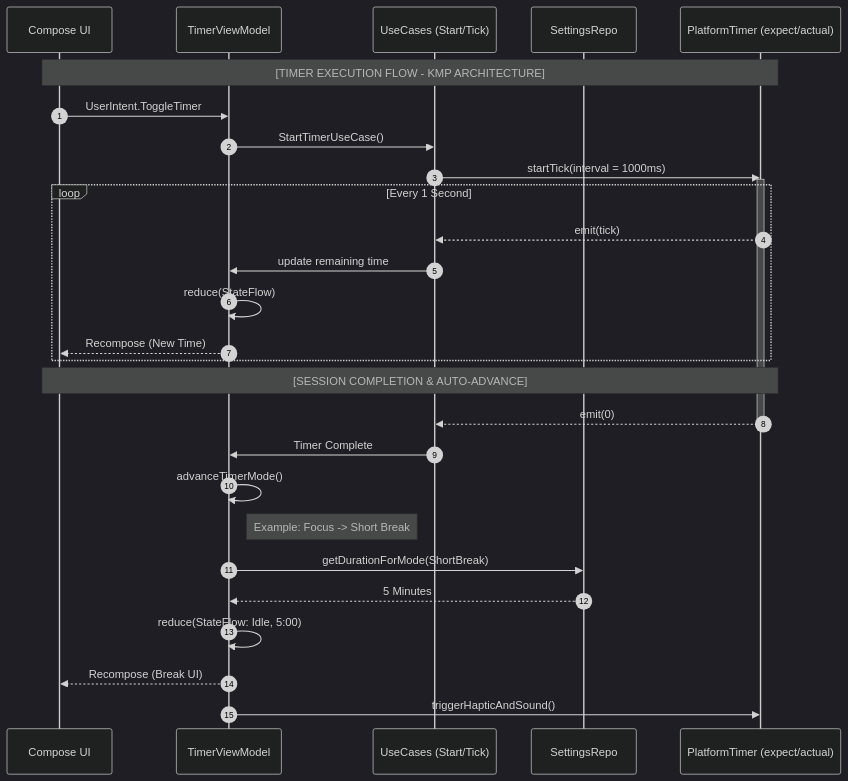
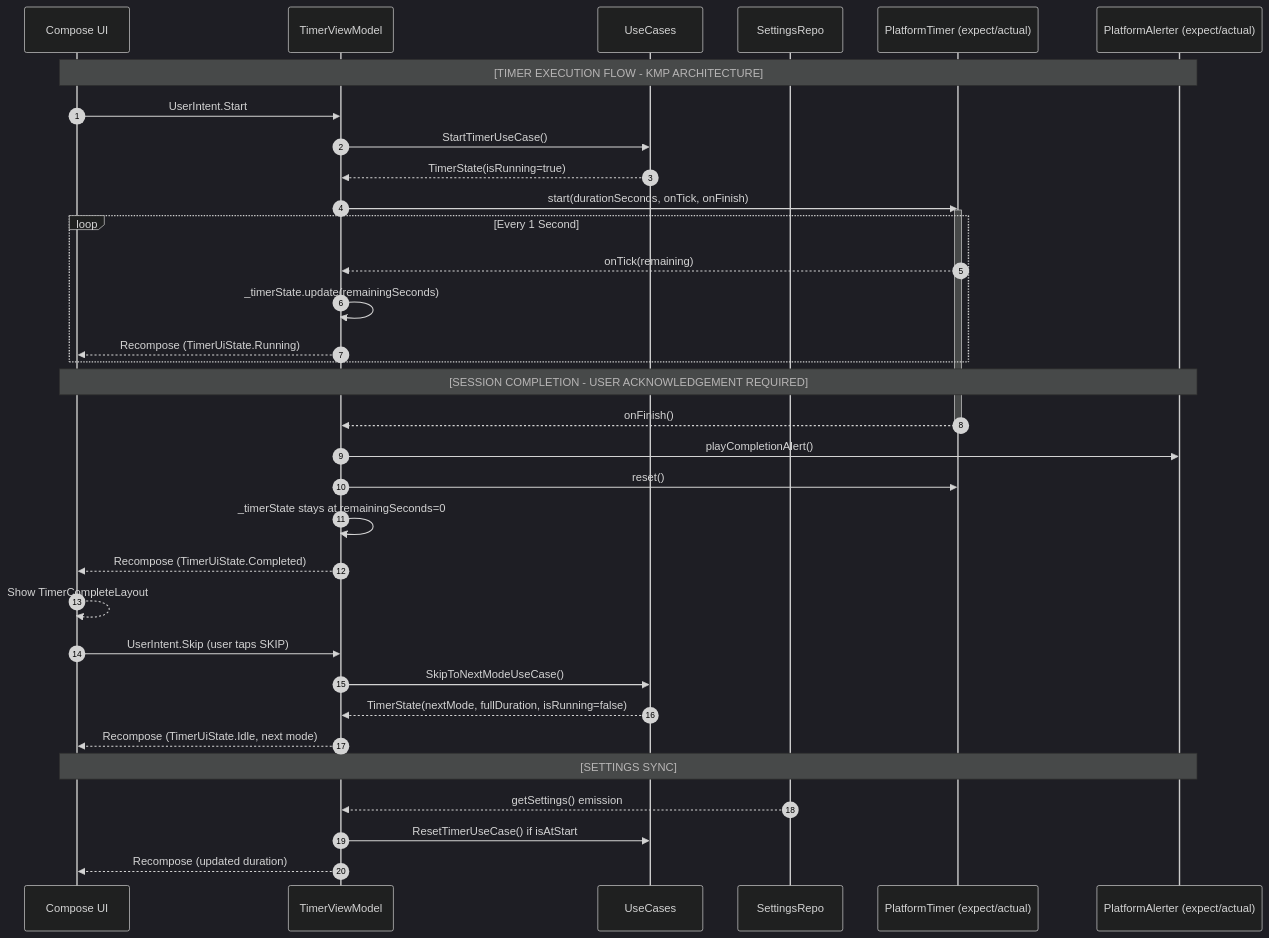
One commit to miggymamba/VigiliaFocus changed the diagram in README.md. Above: the diagram before and after it, drawn with Mermaid (dark theme). The commit also changed other lines of this file and 14 other files, not shown here.

````diff
--- a/README.md
+++ b/README.md
@@ -96,36 +103,45 @@
 ```mermaid
 sequenceDiagram
     autonumber
     participant UI as Compose UI
     participant VM as TimerViewModel
-    participant USE as UseCases (Start/Tick)
+    participant USE as UseCases
     participant SET as SettingsRepo
     participant PT as PlatformTimer (expect/actual)
+    participant AL as PlatformAlerter (expect/actual)
 
-    Note over UI, PT: [TIMER EXECUTION FLOW - KMP ARCHITECTURE]
+    Note over UI, AL: [TIMER EXECUTION FLOW - KMP ARCHITECTURE]
 
-    UI->>VM: UserIntent.ToggleTimer
+    UI->>VM: UserIntent.Start
     VM->>USE: StartTimerUseCase()
-    USE->>PT: startTick(interval = 1000ms)
+    USE-->>VM: TimerState(isRunning=true)
+    VM->>PT: start(durationSeconds, onTick, onFinish)
     activate PT
 
     loop Every 1 Second
-        PT-->>USE: emit(tick)
-        USE->>VM: update remaining time
-        VM->>VM: reduce(StateFlow)
-        VM-->>UI: Recompose (New Time)
+        PT-->>VM: onTick(remaining)
+        VM->>VM: _timerState.update(remainingSeconds)
+        VM-->>UI: Recompose (TimerUiState.Running)
     end
 
-    Note over UI, PT: [SESSION COMPLETION & AUTO-ADVANCE]
+    Note over UI, AL: [SESSION COMPLETION - USER ACKNOWLEDGEMENT REQUIRED]
 
-    PT-->>USE: emit(0)
+    PT-->>VM: onFinish()
     deactivate PT
-    USE->>VM: Timer Complete
-    VM->>VM: advanceTimerMode()
-    Note right of VM: Example: Focus -> Short Break
-    VM->>SET: getDurationForMode(ShortBreak)
-    SET-->>VM: 5 Minutes
-    VM->>VM: reduce(StateFlow: Idle, 5:00)
-    VM-->>UI: Recompose (Break UI)
-    VM->>PT: triggerHapticAndSound()
+    VM->>AL: playCompletionAlert()
+    VM->>PT: reset()
+    VM->>VM: _timerState stays at remainingSeconds=0
+    VM-->>UI: Recompose (TimerUiState.Completed)
+    UI-->>UI: Show TimerCompleteLayout
+
+    UI->>VM: UserIntent.Skip (user taps SKIP)
+    VM->>USE: SkipToNextModeUseCase()
+    USE-->>VM: TimerState(nextMode, fullDuration, isRunning=false)
+    VM-->>UI: Recompose (TimerUiState.Idle, next mode)
+
+    Note over UI, AL: [SETTINGS SYNC]
+
+    SET-->>VM: getSettings() emission
+    VM->>USE: ResetTimerUseCase() if isAtStart
+    VM-->>UI: Recompose (updated duration)
 ```
````
